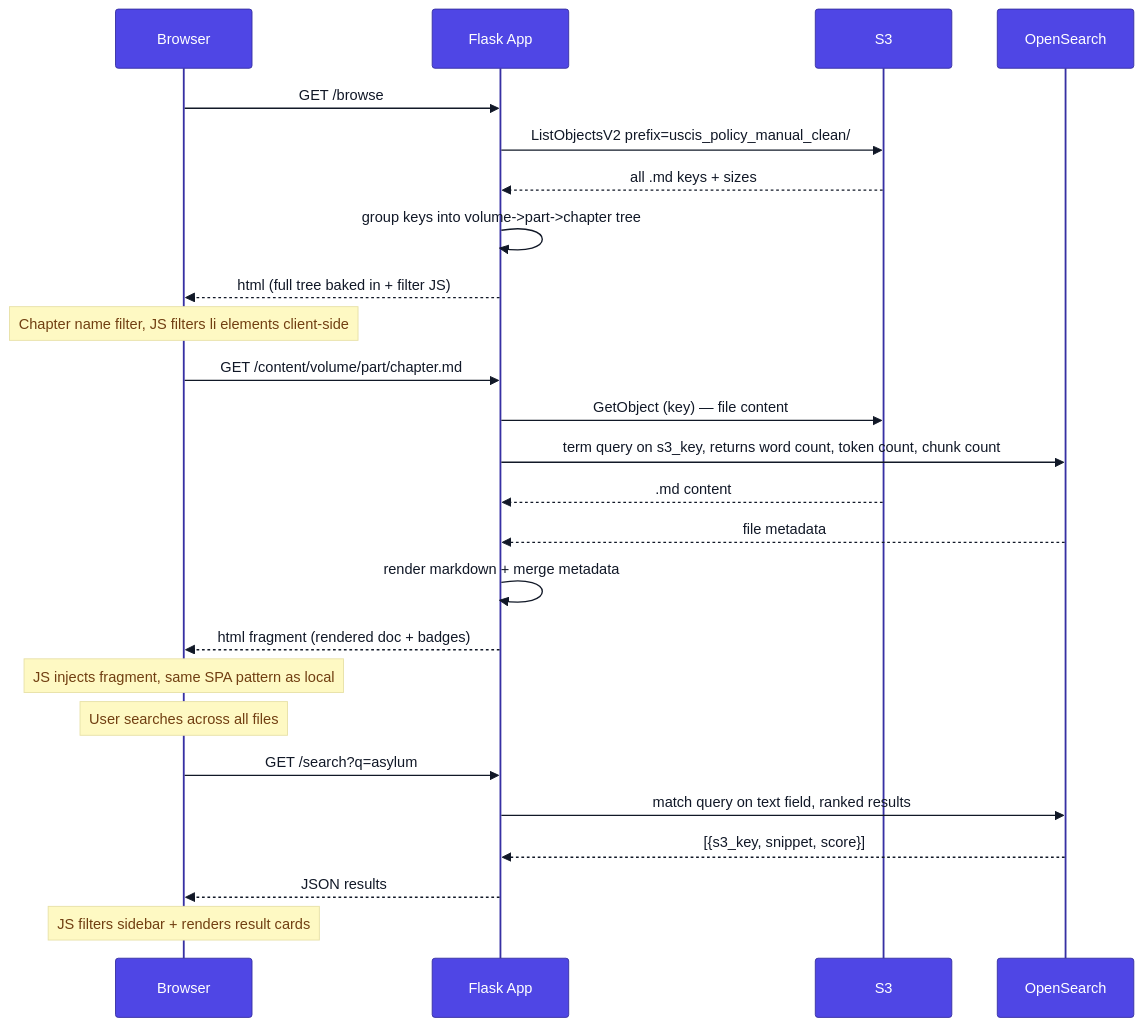
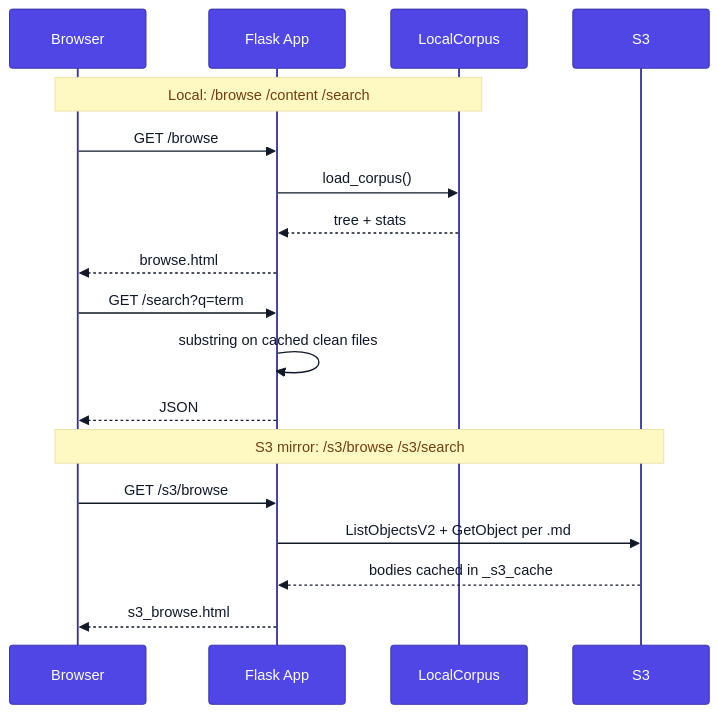
One commit to segalmax/immigration-rag changed the second of 3 diagrams in docs/sequence-diagrams.md. Above: the diagram before and after it, drawn with Mermaid. The commit also changed other lines of this file and 4 other files, not shown here.

First line of the commit message:
docs: align CODEBASE_MAP, sequence diagrams, instructor handout with app

````diff
--- a/docs/sequence-diagrams.md
+++ b/docs/sequence-diagrams.md
@@ -60,32 +60,24 @@
 ```mermaid
 %%{init: {'theme': 'base', 'themeVariables': {'primaryColor': '#4f46e5', 'primaryTextColor': '#fff', 'primaryBorderColor': '#3730a3', 'secondaryColor': '#0891b2', 'secondaryTextColor': '#fff', 'tertiaryColor': '#059669', 'tertiaryTextColor': '#fff', 'lineColor': '#6b7280', 'textColor': '#111827', 'noteBkgColor': '#fef9c3', 'noteTextColor': '#713f12', 'activationBkgColor': '#e0e7ff', 'activationBorderColor': '#4f46e5', 'loopTextColor': '#4f46e5', 'labelBoxBkgColor': '#f0fdf4', 'labelBoxBorderColor': '#059669', 'labelTextColor': '#065f46'}}}%%
 sequenceDiagram
     participant C as Browser
     participant F as Flask App
+    participant Disk as LocalCorpus
     participant S3 as S3
-    participant OS as OpenSearch
 
+    Note over C,Disk: Local: /browse /content /search
     C->>F: GET /browse
-    F->>S3: ListObjectsV2 prefix=uscis_policy_manual_clean/
-    S3-->>F: all .md keys + sizes
-    F->>F: group keys into volume->part->chapter tree
-    F-->>C: html (full tree baked in + filter JS)
+    F->>Disk: load_corpus()
+    Disk-->>F: tree + stats
+    F-->>C: browse.html
 
-    Note over C: Chapter name filter, JS filters li elements client-side
+    C->>F: GET /search?q=term
+    F->>F: substring on cached clean files
+    F-->>C: JSON
 
-    C->>F: GET /content/volume/part/chapter.md
-    F->>S3: GetObject (key) — file content
-    F->>OS: term query on s3_key, returns word count, token count, chunk count
-    S3-->>F: .md content
-    OS-->>F: file metadata
-    F->>F: render markdown + merge metadata
-    F-->>C: html fragment (rendered doc + badges)
-    Note over C: JS injects fragment, same SPA pattern as local
-
-    Note over C: User searches across all files
-    C->>F: GET /search?q=asylum
-    F->>OS: match query on text field, ranked results
-    OS-->>F: [{s3_key, snippet, score}]
-    F-->>C: JSON results
-    Note over C: JS filters sidebar + renders result cards
+    Note over C,S3: S3 mirror: /s3/browse /s3/search
+    C->>F: GET /s3/browse
+    F->>S3: ListObjectsV2 + GetObject per .md
+    S3-->>F: bodies cached in _s3_cache
+    F-->>C: s3_browse.html
 ```
````
